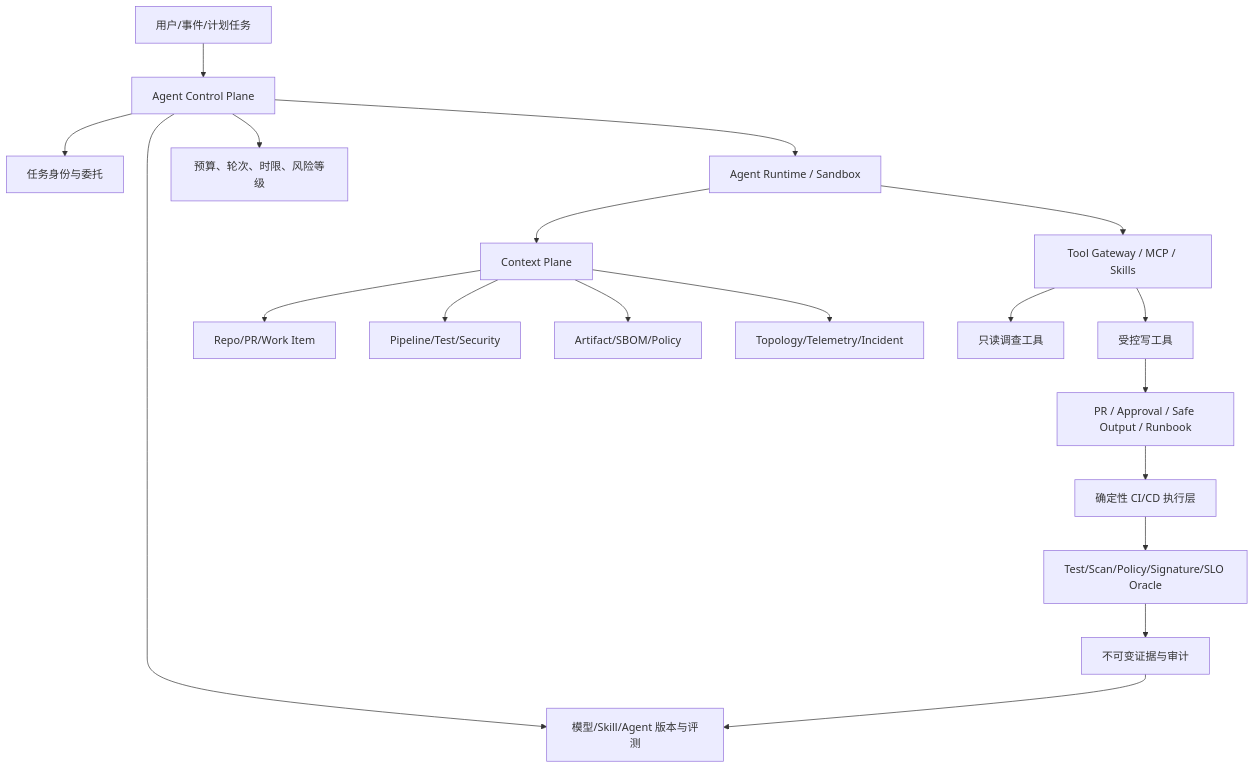
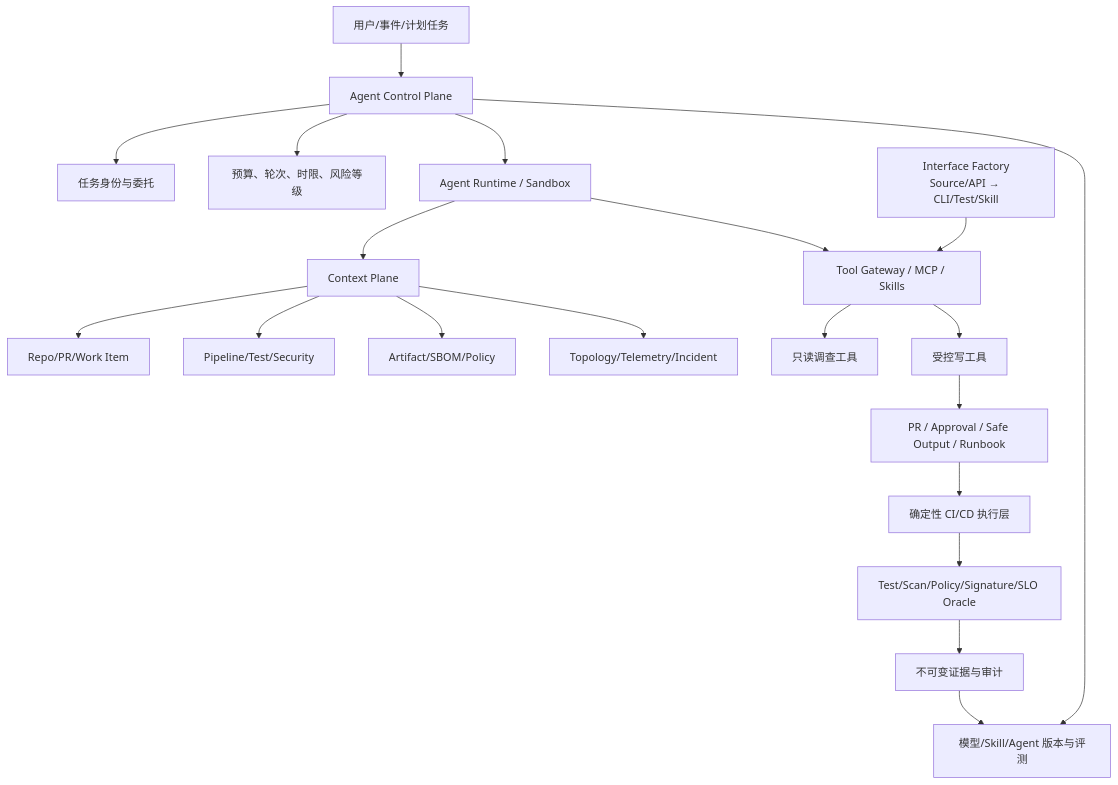
Before and after one commit to dicoeeee/CICDInsight: the second of 2 diagrams in 90_report/README.md, drawn with Mermaid. The commit also changed other lines of this file and 54 other files, not shown here.

```diff
--- a/90_report/README.md
+++ b/90_report/README.md
@@ -187,23 +190,24 @@
 ~~~mermaid
 flowchart TB
   U["用户/事件/计划任务"] --> CP["Agent Control Plane"]
   CP --> ID["任务身份与委托"]
   CP --> EV["模型/Skill/Agent 版本与评测"]
   CP --> BG["预算、轮次、时限、风险等级"]
   CP --> RT["Agent Runtime / Sandbox"]
 
   RT --> CTX["Context Plane"]
   CTX --> C1["Repo/PR/Work Item"]
   CTX --> C2["Pipeline/Test/Security"]
   CTX --> C3["Artifact/SBOM/Policy"]
   CTX --> C4["Topology/Telemetry/Incident"]
 
+  IF["Interface Factory<br/>Source/API → CLI/Test/Skill"] --> GW
   RT --> GW["Tool Gateway / MCP / Skills"]
   GW --> RO["只读调查工具"]
   GW --> WR["受控写工具"]
   WR --> AP["PR / Approval / Safe Output / Runbook"]
   AP --> EX["确定性 CI/CD 执行层"]
   EX --> OR["Test/Scan/Policy/Signature/SLO Oracle"]
   OR --> AUD["不可变证据与审计"]
   AUD --> EV
 ~~~
```
